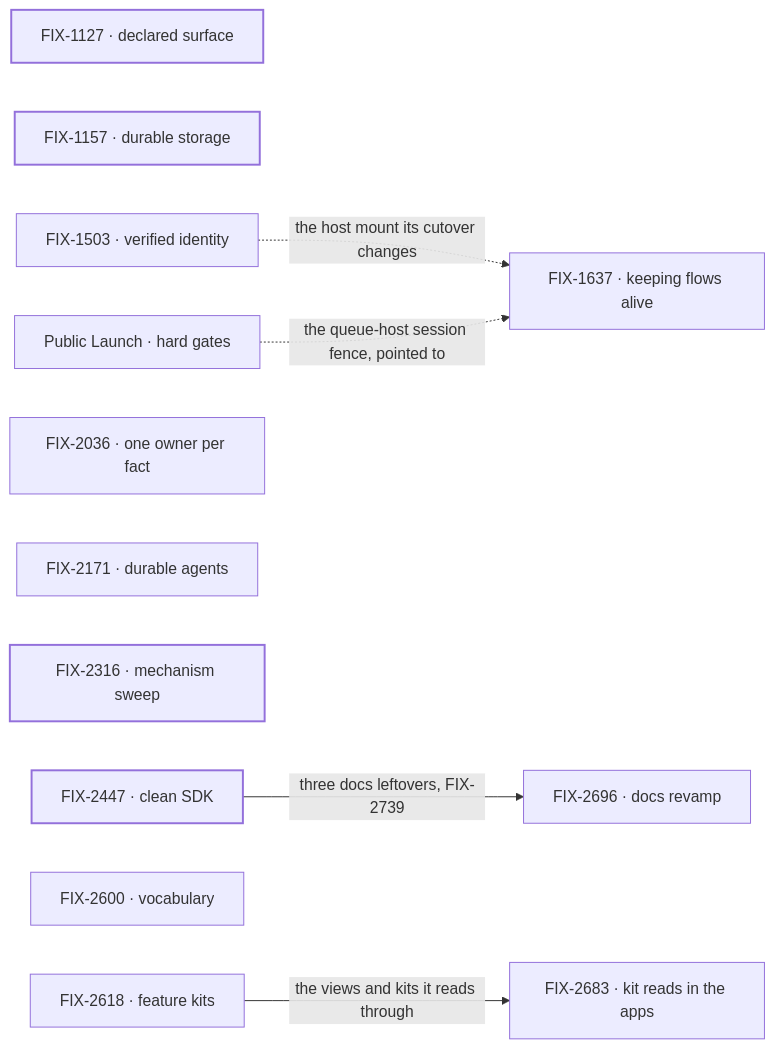
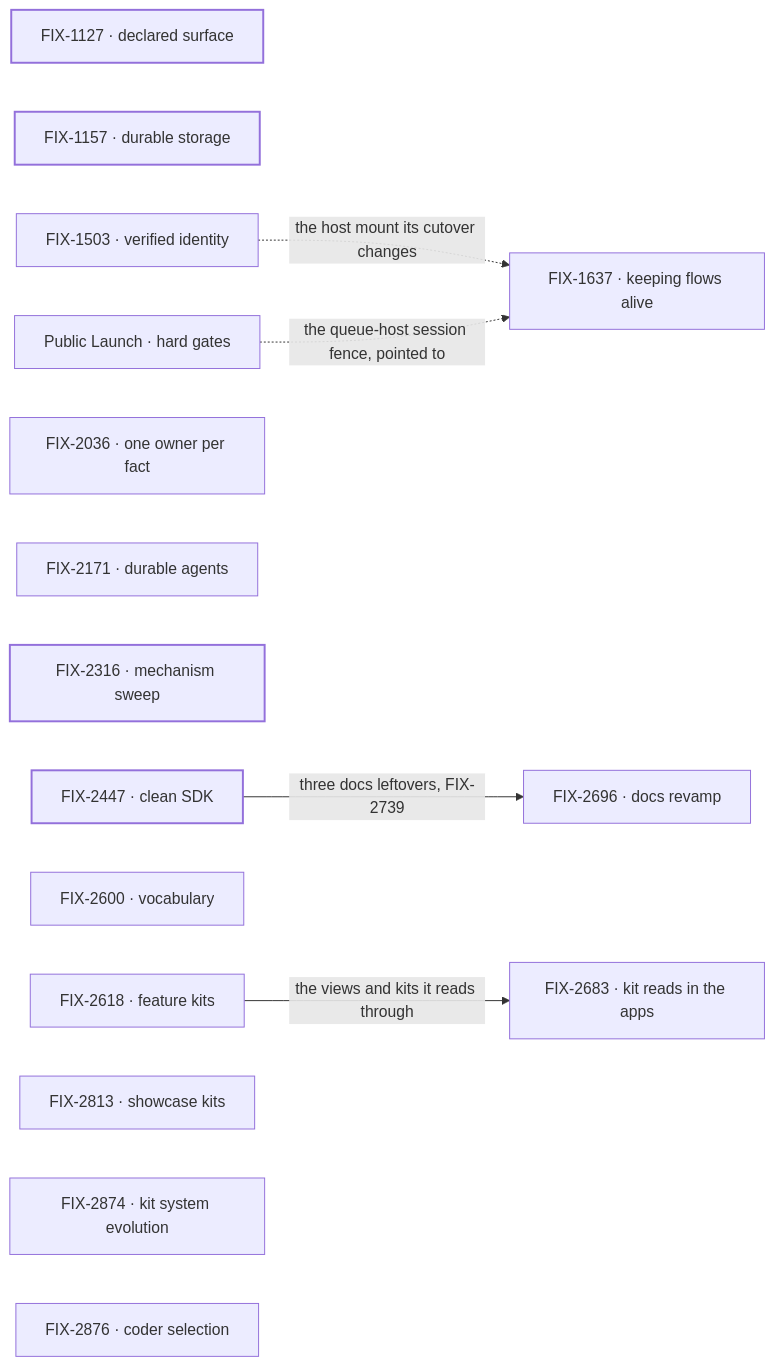
The diagram in spec/_projects/framework-simplification-and-cleanup/SPEC.md (fixpoint-labs/flow-state-dev), drawn with Mermaid before and after one commit. The commit also changed other lines of this file and 2 other files, not shown here.

````diff
--- a/spec/_projects/framework-simplification-and-cleanup/SPEC.md
+++ b/spec/_projects/framework-simplification-and-cleanup/SPEC.md
@@ -53,16 +58,19 @@
 ```mermaid
 flowchart LR
   A["FIX-1127 · declared surface"]
   B["FIX-1157 · durable storage"]
   C["FIX-1503 · verified identity"] -.->|"the host mount its cutover changes"| D["FIX-1637 · keeping flows alive"]
   E["Public Launch · hard gates"] -.->|"the queue-host session fence, pointed to"| D
   F["FIX-2036 · one owner per fact"]
   G["FIX-2171 · durable agents"]
   H["FIX-2316 · mechanism sweep"]
   I["FIX-2447 · clean SDK"] -->|"three docs leftovers, FIX-2739"| M["FIX-2696 · docs revamp"]
   J["FIX-2600 · vocabulary"]
   K["FIX-2618 · feature kits"] -->|"the views and kits it reads through"| L["FIX-2683 · kit reads in the apps"]
+  N["FIX-2813 · showcase kits"]
+  O["FIX-2874 · kit system evolution"]
+  P["FIX-2876 · coder selection"]
   classDef done stroke-width:2px
   classDef proposed stroke-dasharray:4 3
   class A,B,H,I done
 ```
````
